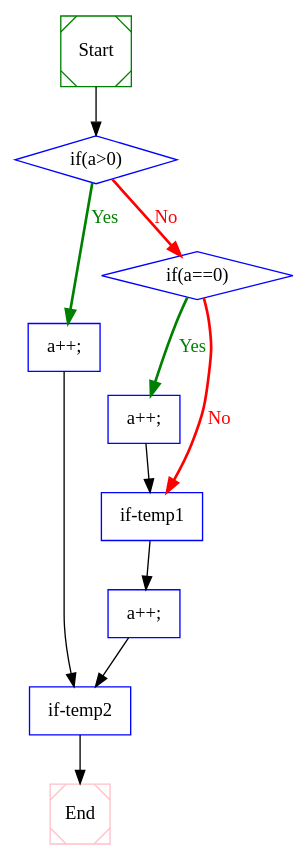
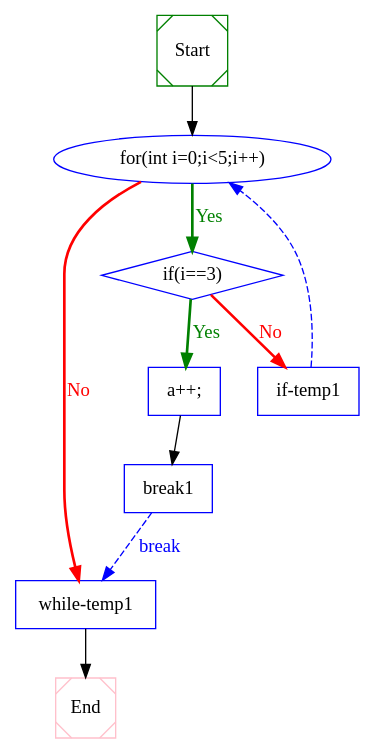
One commit to Naplues/Static-Analysis changed the diagram in out/test.dot. Above: the diagram before and after it, drawn with Graphviz. The commit also changed 5 other files, not shown here.

```diff
--- a/out/test.dot
+++ b/out/test.dot
@@ -1,30 +1,27 @@
 digraph CFG {
  1  [shape = Msquare, color = green, label = "Start", ]
- 2  [shape = diamond, color = blue, label = "if(a>0)", ]
- 3  [shape = box, color = blue, label = "a++;", ]
- 4  [shape = diamond, color = blue, label = "if(a==0)", ]
- 5  [shape = box, color = blue, label = "a++;", ]
+ 2  [shape = ellipse, color = blue, label = "for(int i=0;i<5;i++)", ]
+ 3  [shape = diamond, color = blue, label = "if(i==3)", ]
+ 4  [shape = box, color = blue, label = "a++;", ]
+ 5  [shape = box, color = blue, label = "break1", ]
  6  [shape = box, color = blue, label = "if-temp1", ]
- 7  [shape = box, color = blue, label = "a++;", ]
- 8  [shape = box, color = blue, label = "if-temp2", ]
- 9  [shape = Msquare, color = pink, label = "End", ]
+ 7  [shape = box, color = blue, label = "while-temp1", ]
+ 8  [shape = Msquare, color = pink, label = "End", ]
  1  ->  2  [style = solid, label="", fillcolor = black, color = black, fontcolor = black]
 
- 2  ->  4  [style = bold, label="No", fillcolor = red, color = red, fontcolor = red]
+ 2  ->  7  [style = bold, label="No", fillcolor = red, color = red, fontcolor = red]
  2  ->  3  [style = bold, label="Yes", fillcolor = green, color = green, fontcolor = green]
 
- 3  ->  8  [style = solid, label="", fillcolor = black, color = black, fontcolor = black]
+ 3  ->  6  [style = bold, label="No", fillcolor = red, color = red, fontcolor = red]
+ 3  ->  4  [style = bold, label="Yes", fillcolor = green, color = green, fontcolor = green]
 
- 4  ->  6  [style = bold, label="No", fillcolor = red, color = red, fontcolor = red]
- 4  ->  5  [style = bold, label="Yes", fillcolor = green, color = green, fontcolor = green]
+ 4  ->  5  [style = solid, label="", fillcolor = black, color = black, fontcolor = black]
 
- 5  ->  6  [style = solid, label="", fillcolor = black, color = black, fontcolor = black]
+ 5  ->  7  [style = dashed, label="break", fillcolor = blue, color = blue, fontcolor = blue]
 
- 6  ->  7  [style = solid, label="", fillcolor = black, color = black, fontcolor = black]
+ 6  ->  2  [style = dashed, label="", fillcolor = blue, color = blue, fontcolor = blue]
 
  7  ->  8  [style = solid, label="", fillcolor = black, color = black, fontcolor = black]
 
- 8  ->  9  [style = solid, label="", fillcolor = black, color = black, fontcolor = black]
-
 
 }
```
